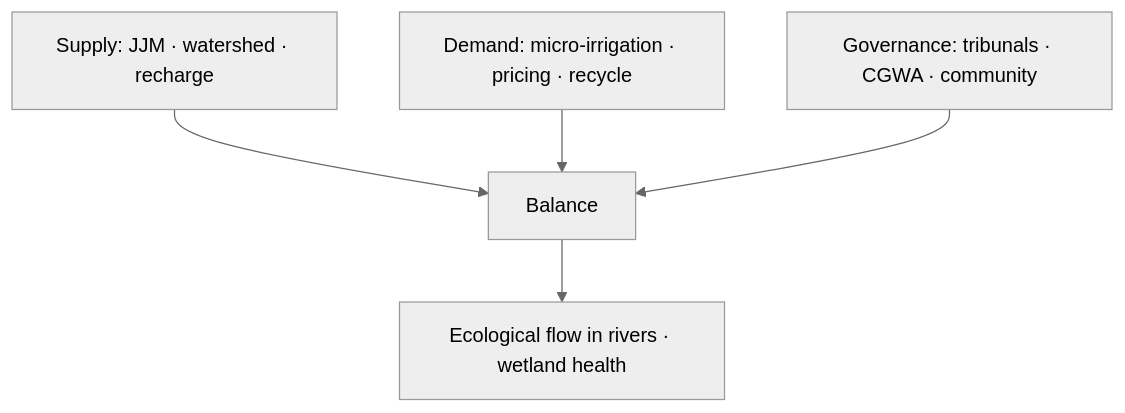
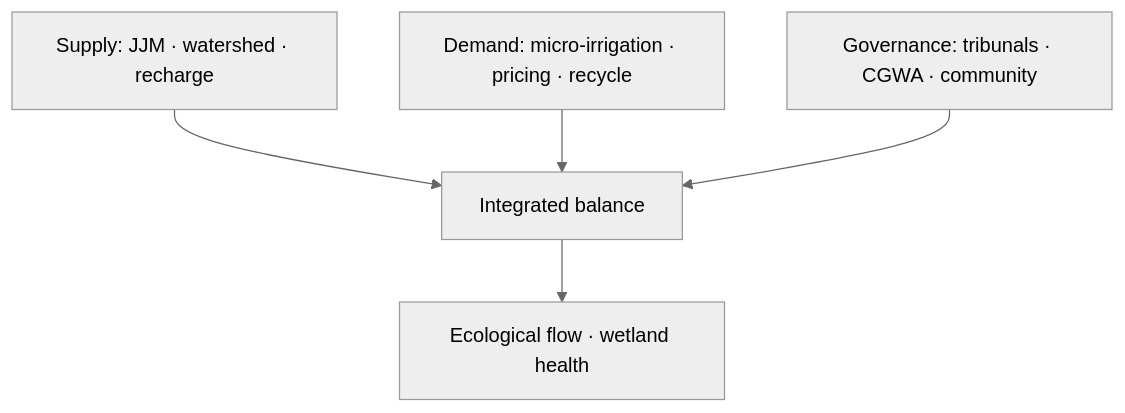
One commit to nitishpratap/UP-PCS changed the diagram in mains-pyqs/GS-1/10_Natural_Resources/01_Water_Resources.md. Above: the diagram before and after it, drawn with Mermaid (neutral theme). The commit also changed other lines of this file and 97 other files, not shown here.

````diff
--- a/mains-pyqs/GS-1/10_Natural_Resources/01_Water_Resources.md
+++ b/mains-pyqs/GS-1/10_Natural_Resources/01_Water_Resources.md
@@ -100,7 +82,7 @@
 ```mermaid
 flowchart TD
-  S[Supply: JJM · watershed · recharge] --> B[Balance]
+  S[Supply: JJM · watershed · recharge] --> B[Integrated balance]
   D[Demand: micro-irrigation · pricing · recycle] --> B
   G[Governance: tribunals · CGWA · community] --> B
-  B --> E[Ecological flow in rivers · wetland health]
+  B --> E[Ecological flow · wetland health]
 ```
````
